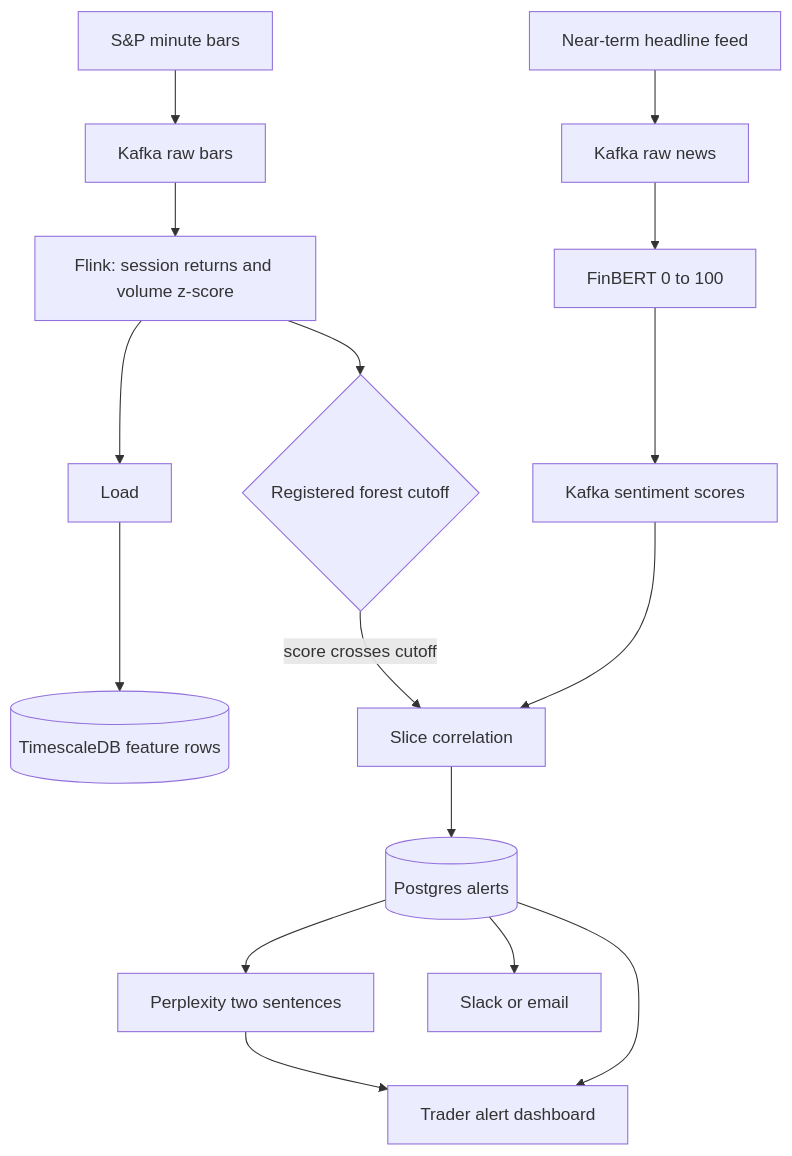
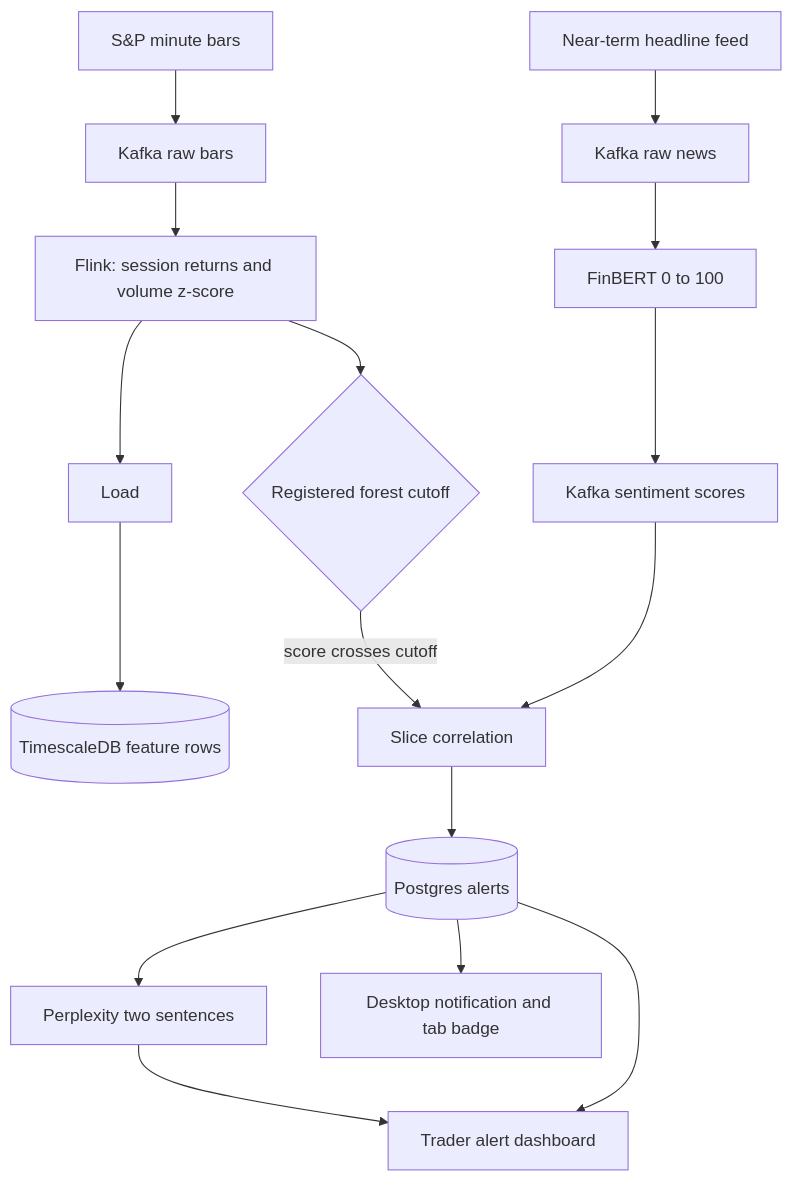
Before and after one commit to sameerde4/ticker-alert-system: the seventh of 8 diagrams in docs/architecture.md, drawn with Mermaid. The commit also changed other lines of this file and 4 other files, not shown here.

First line of the commit message:
Document desktop notifications instead of Slack or email.

````diff
--- a/docs/architecture.md
+++ b/docs/architecture.md
@@ -261,20 +266,20 @@
 ```mermaid
 flowchart TD
     MKT[S&P minute bars] --> KT[Kafka raw bars]
     KT --> FLINK[Flink: session returns and volume z-score]
     FLINK --> GATE{Registered forest cutoff}
     FLINK --> LOADT[Load]
     LOADT --> TIMESCALE[(TimescaleDB feature rows)]
     GATE -->|score crosses cutoff| CORR[Slice correlation]
 
     NEWS[Near-term headline feed] --> KN[Kafka raw news]
     KN --> FINBERT[FinBERT 0 to 100]
     FINBERT --> SCORES[Kafka sentiment scores]
     SCORES --> CORR
 
     CORR --> PG[(Postgres alerts)]
     PG --> PPLX[Perplexity two sentences]
     PPLX --> DASH[Trader alert dashboard]
     PG --> DASH
-    PG --> NOTIFY[Slack or email]
+    PG --> NOTIFY[Desktop notification and tab badge]
 ```
````
